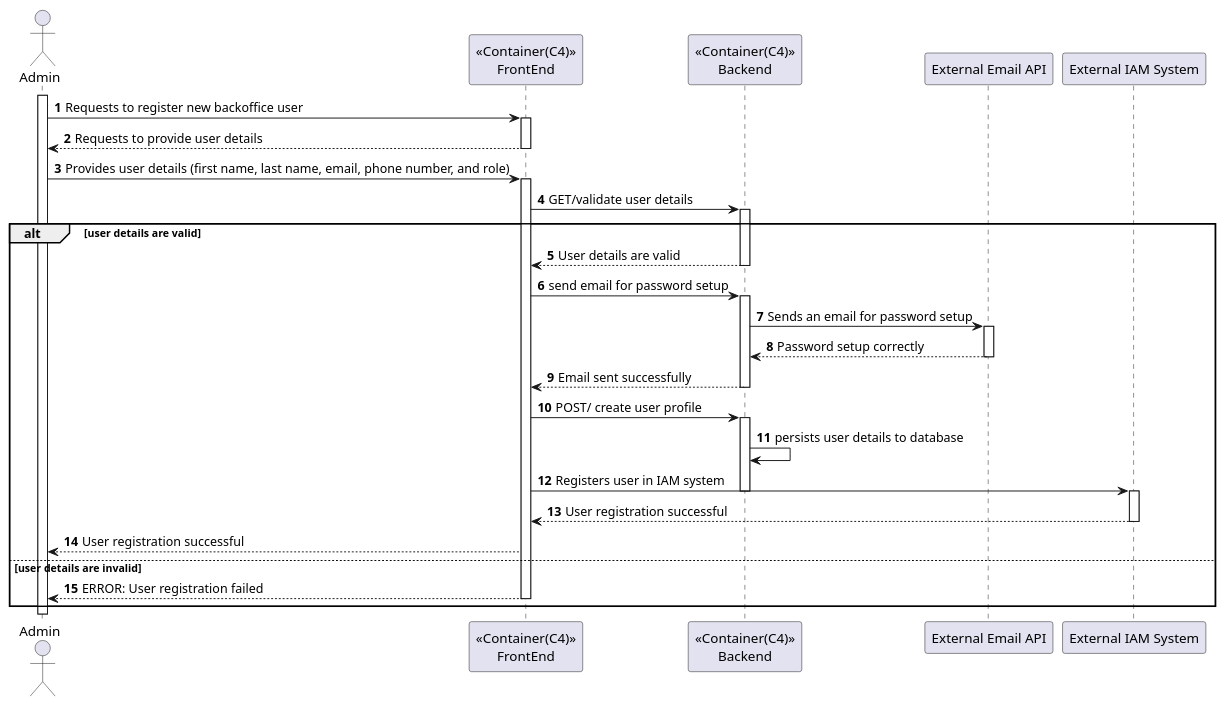
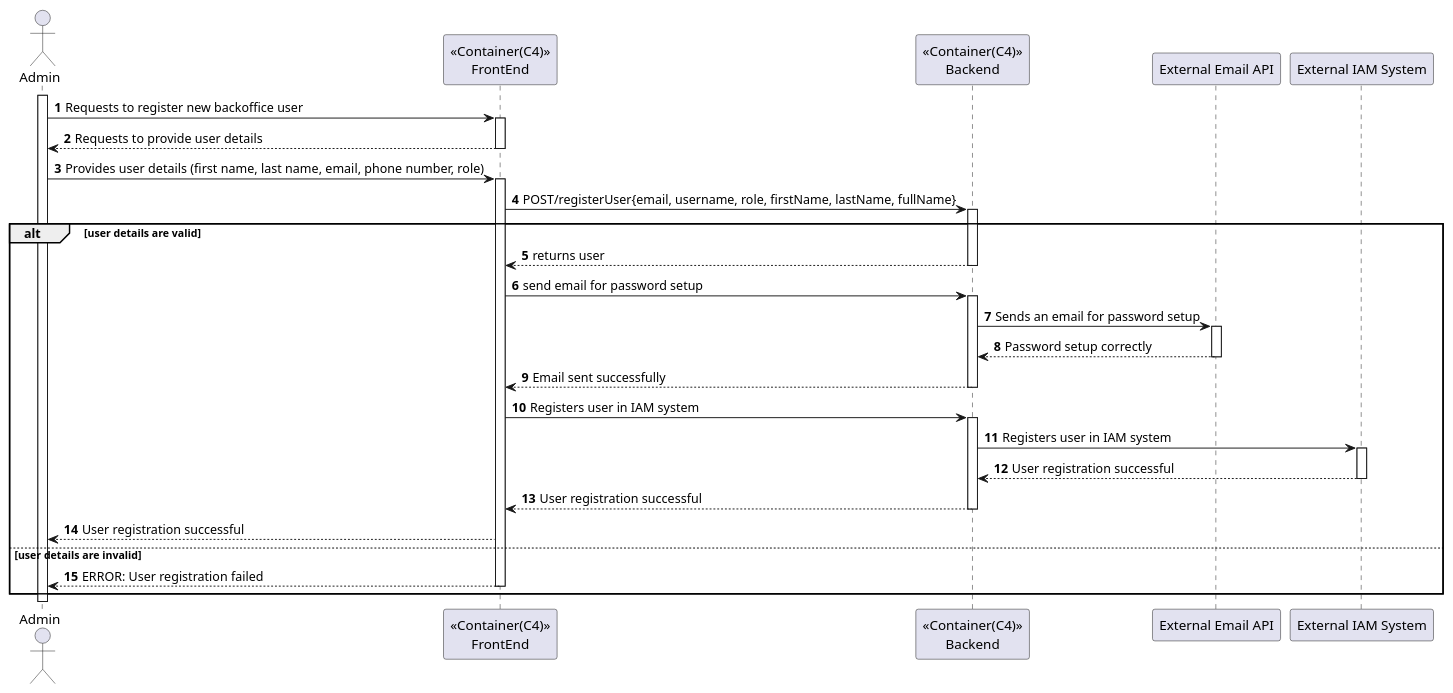
The diagram in Docs/SprintA/US1/level2/process_view.puml (Saquinho74/LAPR5), drawn with PlantUML before and after one commit.

Commit message:
#1 US1 - Level 2 update

```diff
--- a/Docs/SprintA/US1/level2/process_view.puml
+++ b/Docs/SprintA/US1/level2/process_view.puml
@@ -1,59 +1,63 @@
 @startuml
 'https://plantuml.com/sequence-diagram
 
 autonumber
 
 actor "Admin" as admin
 participant "<<Container(C4)>>\nFrontEnd" as sys
 participant "<<Container(C4)>>\nBackend" as be
 participant "External Email API" as email
 participant "External IAM System" as iam
 
 activate admin
 admin -> sys: Requests to register new backoffice user
 activate sys
 sys --> admin: Requests to provide user details
 deactivate sys
-    admin -> sys: Provides user details (first name, last name, email, phone number, and role)
+    admin -> sys: Provides user details (first name, last name, email, phone number, role)
 activate sys
-sys -> be:GET/validate user details
+sys -> be:POST/registerUser{email, username, role, firstName, lastName, fullName}
 activate be
 
 alt user details are valid
 
-    be --> sys: User details are valid
+    be --> sys: returns user
     deactivate be
     
    
     
     sys -> be: send email for password setup
     activate be
     
     be -> email: Sends an email for password setup
     activate email
     
     email --> be: Password setup correctly
     deactivate email
     
     be --> sys: Email sent successfully
     
     deactivate be
     
-     sys -> be: POST/ create user profile
-        activate be
-        be -> be: persists user details to database
-        
-    sys -> iam: Registers user in IAM system
-    deactivate be
+    
+    sys -> be: Registers user in IAM system
+    activate be
+    be -> iam: Registers user in IAM system
             
     activate iam
     
-    iam --> sys: User registration successful
+    iam --> be: User registration successful
+   
+ 
     deactivate iam
+
+    be --> sys: User registration successful
+    deactivate be
+   
     sys --> admin: User registration successful
 else user details are invalid
     sys --> admin: ERROR: User registration failed
 deactivate sys
 end
 
 @enduml
```
